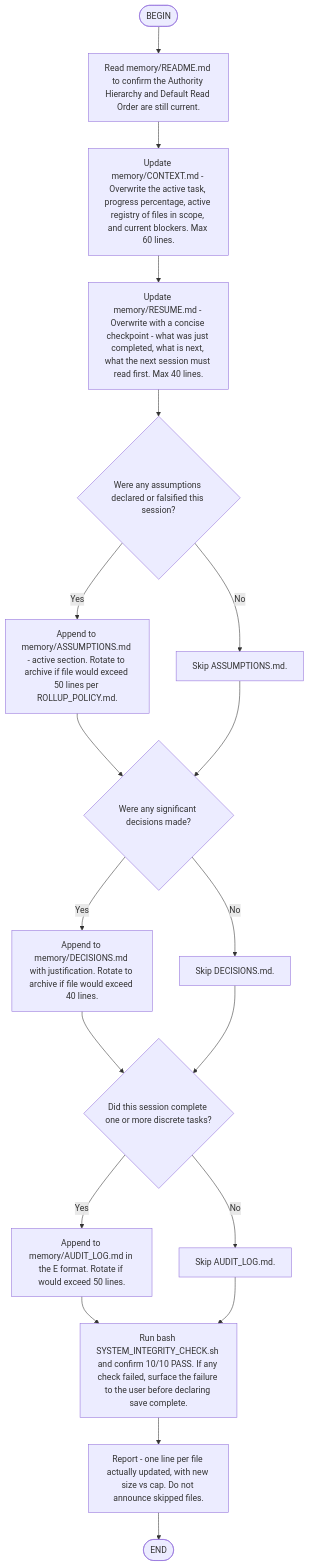
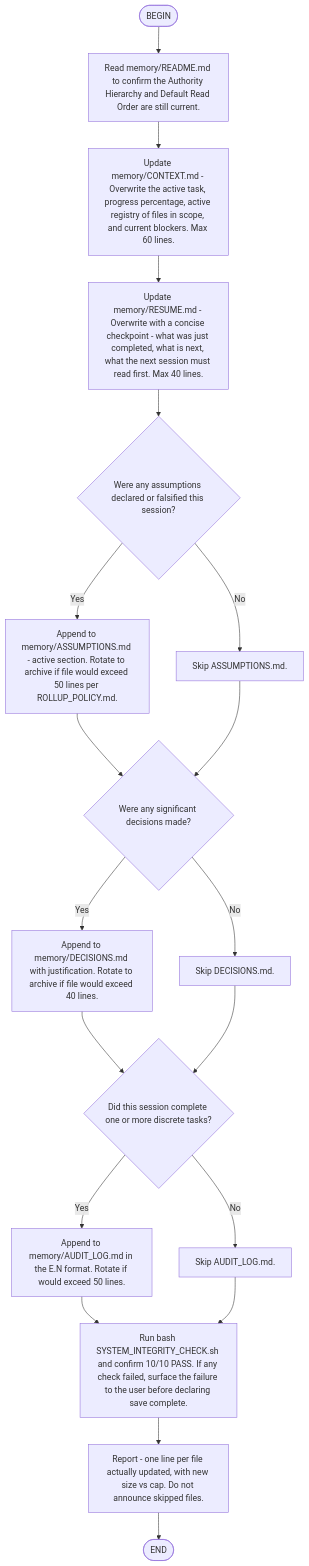
One commit to Evil-Null/elite-role-constitution changed the diagram in .kimi/skills/save-state/SKILL.md. Above: the diagram before and after it, drawn with Mermaid. The commit also changed 2 other files, not shown here.

````diff
--- a/.kimi/skills/save-state/SKILL.md
+++ b/.kimi/skills/save-state/SKILL.md
@@ -20,21 +20,21 @@
 ```mermaid
 flowchart TD
     A([BEGIN]) --> B[Read memory/README.md to confirm the Authority Hierarchy and Default Read Order are still current.]
     B --> C[Update memory/CONTEXT.md - Overwrite the active task, progress percentage, active registry of files in scope, and current blockers. Max 60 lines.]
     C --> D[Update memory/RESUME.md - Overwrite with a concise checkpoint - what was just completed, what is next, what the next session must read first. Max 40 lines.]
     D --> E{Were any assumptions declared or falsified this session?}
     E -->|Yes| F[Append to memory/ASSUMPTIONS.md - active section. Rotate to archive if file would exceed 50 lines per ROLLUP_POLICY.md.]
     E -->|No| G[Skip ASSUMPTIONS.md.]
     F --> H{Were any significant decisions made?}
     G --> H
     H -->|Yes| I[Append to memory/DECISIONS.md with justification. Rotate to archive if file would exceed 40 lines.]
     H -->|No| J[Skip DECISIONS.md.]
     I --> K{Did this session complete one or more discrete tasks?}
     J --> K
-    K -->|Yes| L[Append to memory/AUDIT_LOG.md in the E<N> format. Rotate if would exceed 50 lines.]
+    K -->|Yes| L[Append to memory/AUDIT_LOG.md in the E.N format. Rotate if would exceed 50 lines.]
     K -->|No| M[Skip AUDIT_LOG.md.]
     L --> N[Run bash SYSTEM_INTEGRITY_CHECK.sh and confirm 10/10 PASS. If any check failed, surface the failure to the user before declaring save complete.]
     M --> N
     N --> O[Report - one line per file actually updated, with new size vs cap. Do not announce skipped files.]
     O --> P([END])
 ```
````
